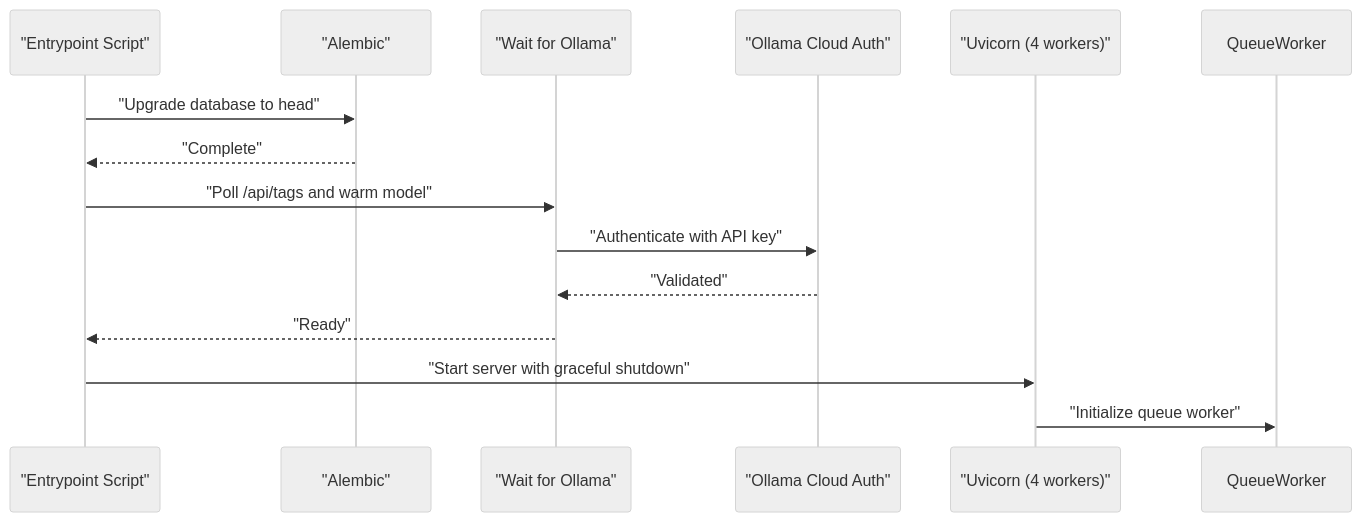
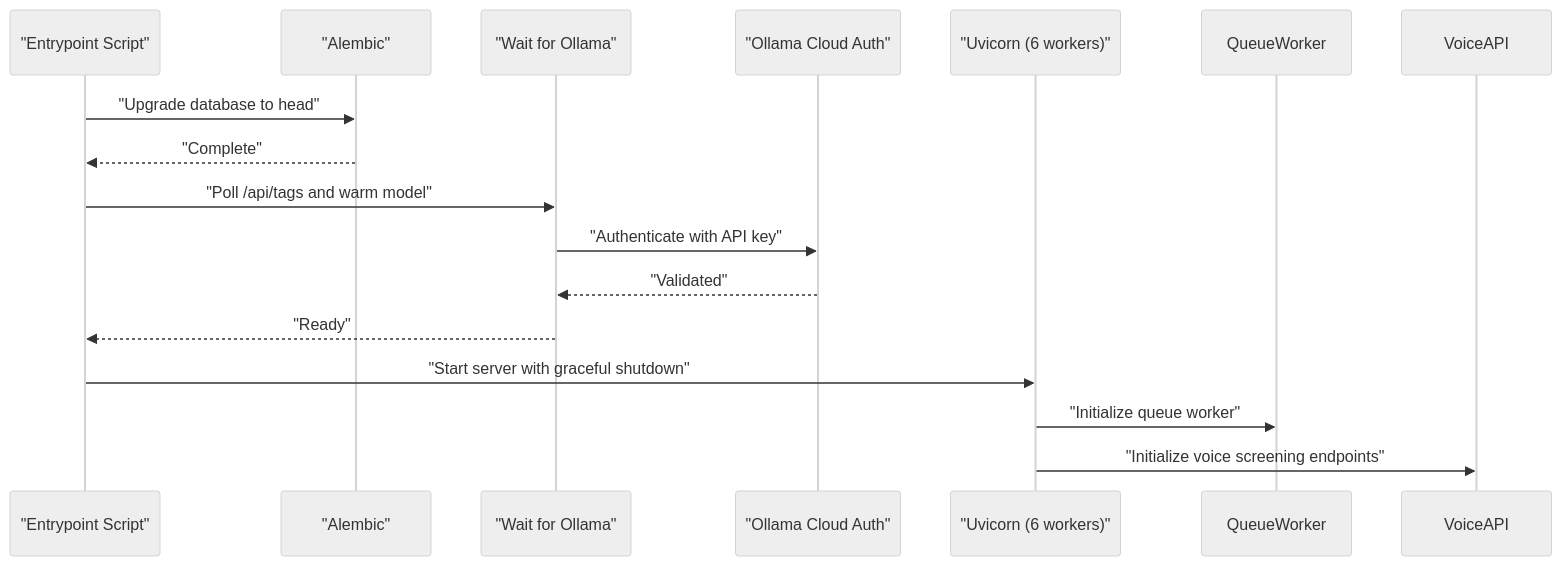
Before and after one commit to Revanththetalogics/aireume: the fourth of 15 diagrams in .qoder/repowiki/en/content/Deployment & DevOps/Deployment & DevOps.md, drawn with Mermaid (neutral theme). The commit also changed other lines of this file and 39 other files, not shown here.

````diff
--- a/.qoder/repowiki/en/content/Deployment & DevOps/Deployment & DevOps.md
+++ b/.qoder/repowiki/en/content/Deployment & DevOps/Deployment & DevOps.md
@@ -226,16 +292,17 @@
 ```mermaid
 sequenceDiagram
 participant Entrypoint as "Entrypoint Script"
 participant Alembic as "Alembic"
 participant Wait as "Wait for Ollama"
 participant OllamaAuth as "Ollama Cloud Auth"
-participant Uvicorn as "Uvicorn (4 workers)"
+participant Uvicorn as "Uvicorn (6 workers)"
 Entrypoint->>Alembic : "Upgrade database to head"
 Alembic-->>Entrypoint : "Complete"
 Entrypoint->>Wait : "Poll /api/tags and warm model"
 Wait->>OllamaAuth : "Authenticate with API key"
 OllamaAuth-->>Wait : "Validated"
 Wait-->>Entrypoint : "Ready"
 Entrypoint->>Uvicorn : "Start server with graceful shutdown"
 Uvicorn->>QueueWorker : "Initialize queue worker"
+Uvicorn->>VoiceAPI : "Initialize voice screening endpoints"
 ```
````
